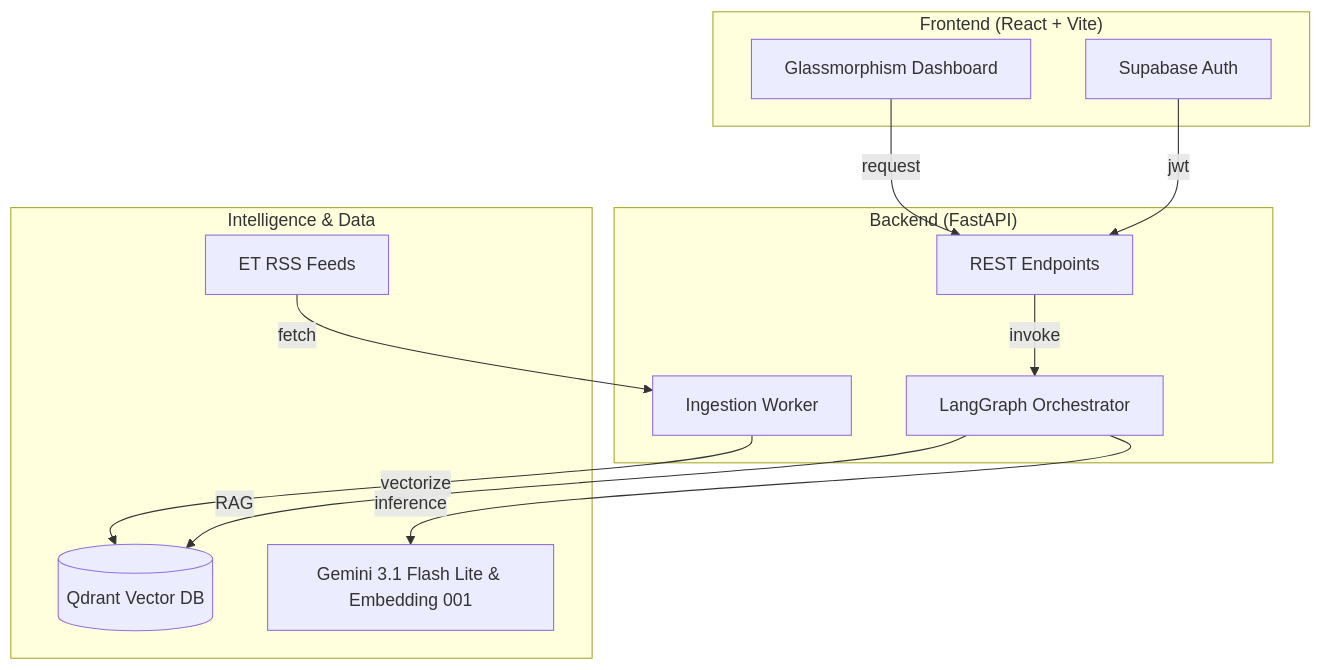
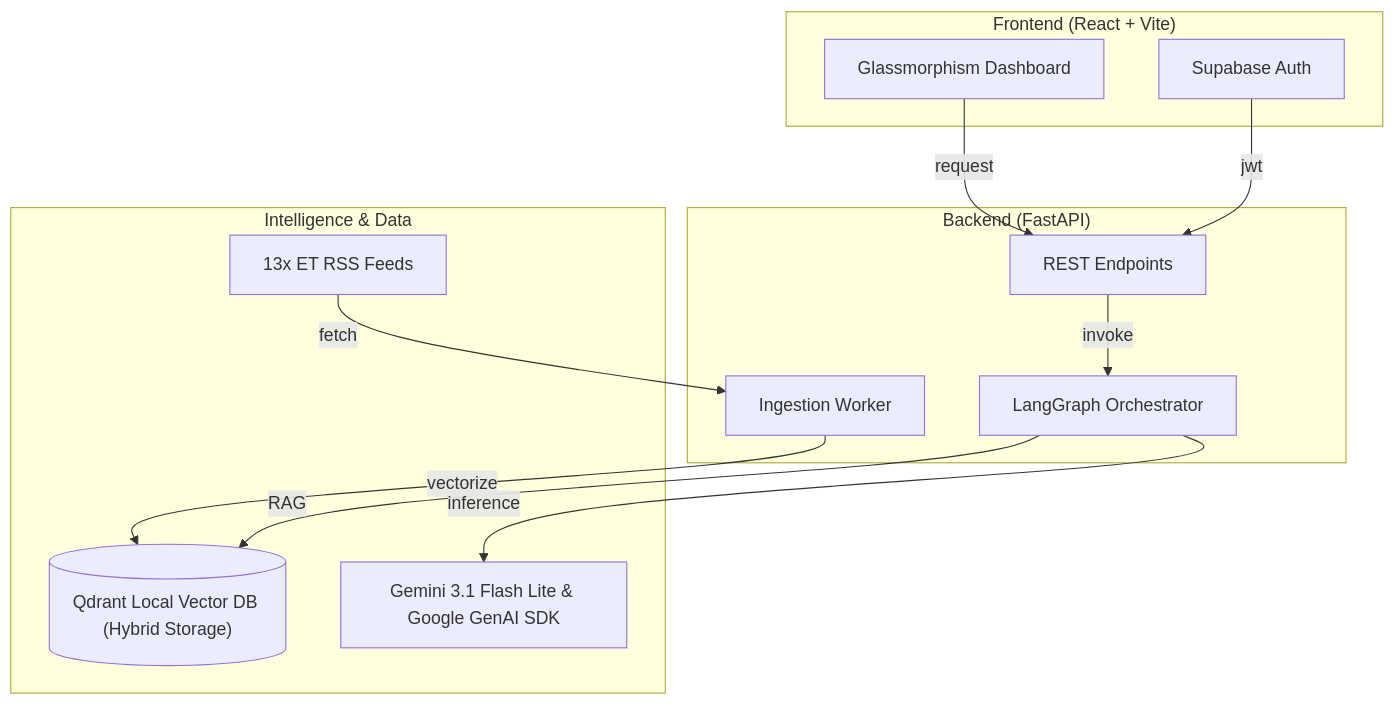
The first of 2 diagrams in ARCHITECTURE.md (1CodeBreaker705/ET-News-Sphere), drawn with Mermaid before and after one commit. The commit also changed other lines of this file and 12 other files, not shown here.

````diff
--- a/ARCHITECTURE.md
+++ b/ARCHITECTURE.md
@@ -10,27 +10,27 @@
 ```mermaid
 graph TD
     subgraph "Frontend (React + Vite)"
         UI["Glassmorphism Dashboard"]
         Auth["Supabase Auth"]
     end
 
     subgraph "Backend (FastAPI)"
         API["REST Endpoints"]
         LG["LangGraph Orchestrator"]
         Ingest["Ingestion Worker"]
     end
 
     subgraph "Intelligence & Data"
-        Gemini["Gemini 3.1 Flash Lite & Embedding 001"]
-        Qdrant[("Qdrant Vector DB")]
-        ET["ET RSS Feeds"]
+        Gemini["Gemini 3.1 Flash Lite & Google GenAI SDK"]
+        Qdrant[("Qdrant Local Vector DB (Hybrid Storage)")]
+        ET["13x ET RSS Feeds"]
     end
 
     ET -->|fetch| Ingest
     Ingest -->|vectorize| Qdrant
     UI -->|request| API
     API -->|invoke| LG
     LG -->|RAG| Qdrant
     LG -->|inference| Gemini
     Auth -->|jwt| API
 ```
````
